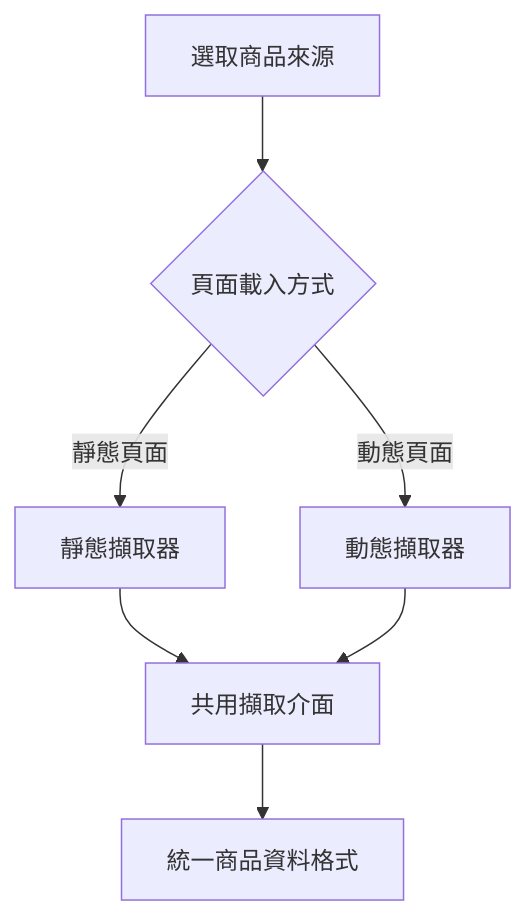
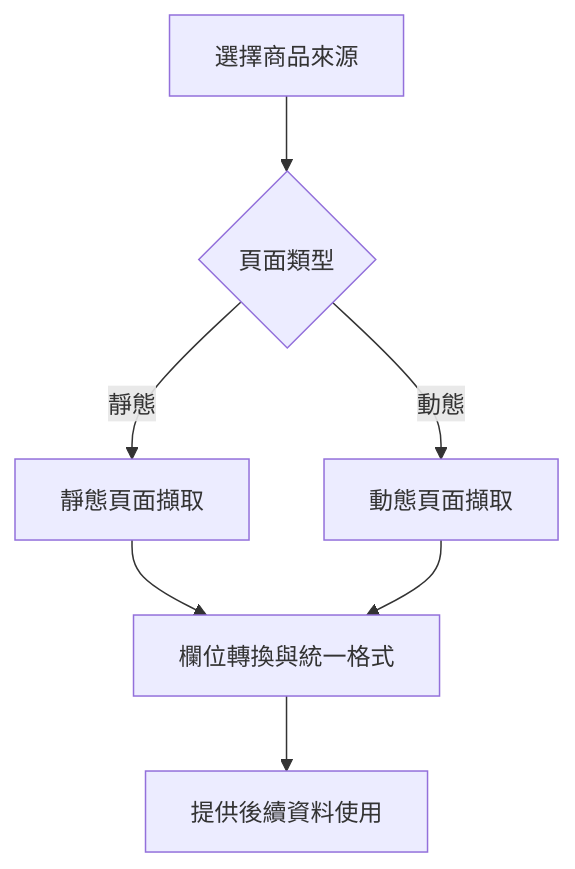
One commit to highhao/alcohol-product-scraper changed the diagram in README.md. Above: the diagram before and after it, drawn with Mermaid. The commit also changed other lines of this file, not shown here.

Commit message:
Revise portfolio for interview review

````diff
--- a/README.md
+++ b/README.md
@@ -7,9 +5,9 @@
 ```mermaid
 flowchart TB
-    A[選取商品來源] --> B{頁面載入方式}
-    B -->|靜態頁面| C[靜態擷取器]
-    B -->|動態頁面| D[動態擷取器]
-    C --> E[共用擷取介面]
+    A[選擇商品來源] --> B{頁面類型}
+    B -->|靜態| C[靜態頁面擷取]
+    B -->|動態| D[動態頁面擷取]
+    C --> E[欄位轉換與統一格式]
     D --> E
-    E --> F[統一商品資料格式]
+    E --> F[提供後續資料使用]
 ```
````
